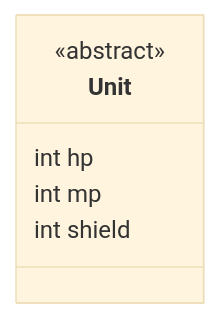
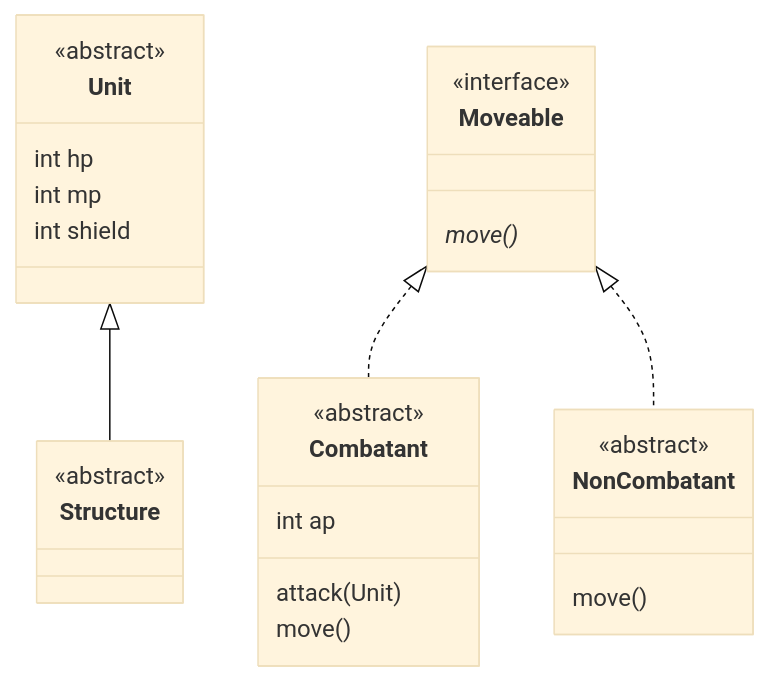
One commit to choiexe1/local changed the diagram in Daily/2025-03-20.md. Above: the diagram before and after it, drawn with Mermaid (base theme).

Commit message:
vault backup: 2025-03-20 18:05:08

````diff
--- a/Daily/2025-03-20.md
+++ b/Daily/2025-03-20.md
@@ -18,11 +18,37 @@
 ```mermaid
 classDiagram
 
 class Unit {
 	<<abstract>>
 	int hp
 	int mp
 	int shield
+}
 
+class Structure {
+	<<abstract>>
 }
+
+Unit <|-- Structure
+
+class Moveable {
+	<<interface>>
+	move()*
+}
+
+class Combatant {
+	<<abstract>>
+	int ap
+	attack(Unit)
+	move()
+}
+
+class NonCombatant{
+	<<abstract>>
+	move()
+}
+
+Moveable <|.. Combatant
+Moveable <|.. NonCombatant
+
 ```
````
